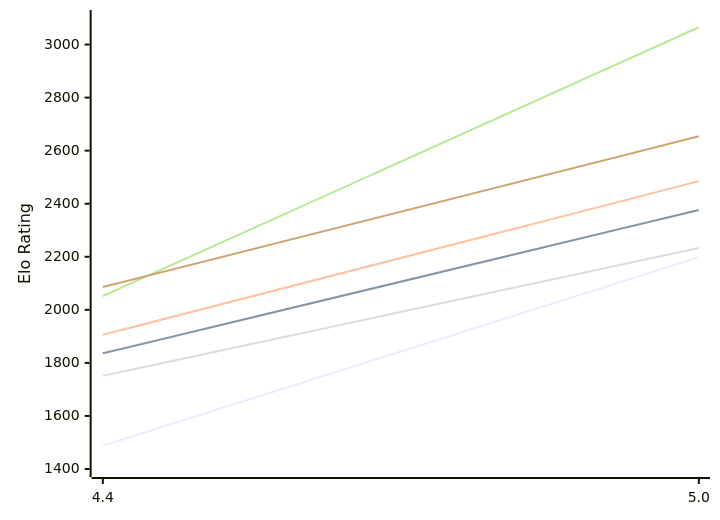
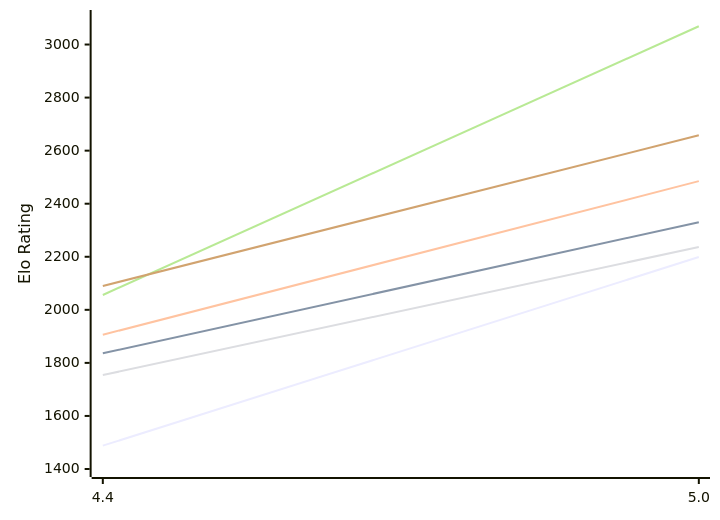
One commit to computer-chess-index/cci changed the first of 2 diagrams in engines/Radiance.md. Above: the diagram before and after it, drawn with Mermaid. The commit also changed other lines of this file, not shown here.

Commit message:
Update CCI Ratings (ELO VLTC) - 2026-10-11

````diff
--- a/engines/Radiance.md
+++ b/engines/Radiance.md
@@ -51,12 +51,12 @@
 ```mermaid
 %%{init: {"theme":"base","themeVariables":{"seriesColors:['#a3a3a3','#222221','#faa371']}}}%%
 xychart-beta
   x-axis ["4.4", "5.0"]
   y-axis "Elo Rating" 1400 --> 3100
-  line "E1: STC (8.0+0.08s)" [1488, 2198]
-  line "E1: LTC (60.0+0.60s)" [1836, 2376]
+  line "E1: STC (8.0+0.08s)" [1488, 2199]
+  line "E1: LTC (60.0+0.60s)" [1836, 2330]
   line "E1: VLTC (2m24s+1.12s)" [1906, 2485]
-  line "P1: STC (8.0+0.08s)" [1751, 2233]
-  line "P1: LTC (60.0+0.60s)" [2052, 3065]
-  line "P1: VLTC (2m24s+1.12s)" [2086, 2654]
+  line "P1: STC (8.0+0.08s)" [1754, 2237]
+  line "P1: LTC (60.0+0.60s)" [2056, 3069]
+  line "P1: VLTC (2m24s+1.12s)" [2090, 2658]
 ```
````
